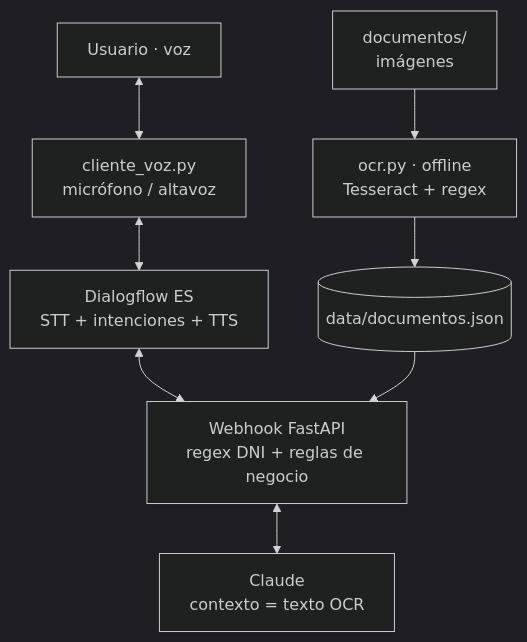
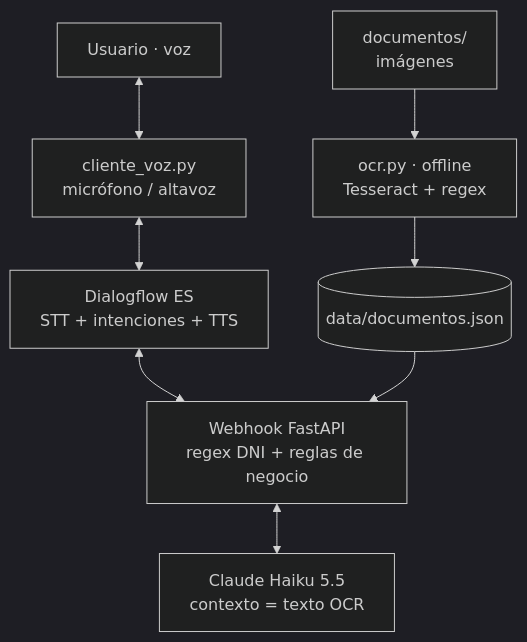
Before and after one commit to Joakamakaka1/Ejercicio-ia-clasica: the diagram in README.md, drawn with Mermaid (dark theme). The commit also changed other lines of this file and 6 other files, not shown here.

````diff
--- a/README.md
+++ b/README.md
@@ -15,10 +15,10 @@
 ```mermaid
 flowchart TB
     U[Usuario · voz] <--> C[cliente_voz.py<br/>micrófono / altavoz]
     C <--> DF[Dialogflow ES<br/>STT + intenciones + TTS]
     DF <--> W[Webhook FastAPI<br/>regex DNI + reglas de negocio]
-    W <--> LLM[Claude<br/>contexto = texto OCR]
+    W <--> LLM[Claude Haiku 5.5<br/>contexto = texto OCR]
     D[documentos/<br/>imágenes] --> O[ocr.py · offline<br/>Tesseract + regex]
     O --> J[(data/documentos.json)]
     J --> W
 ```
````
